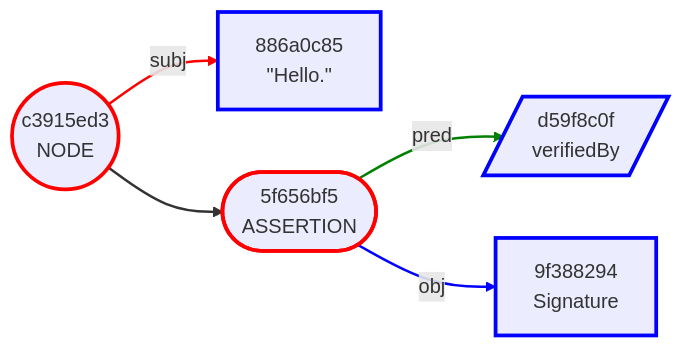
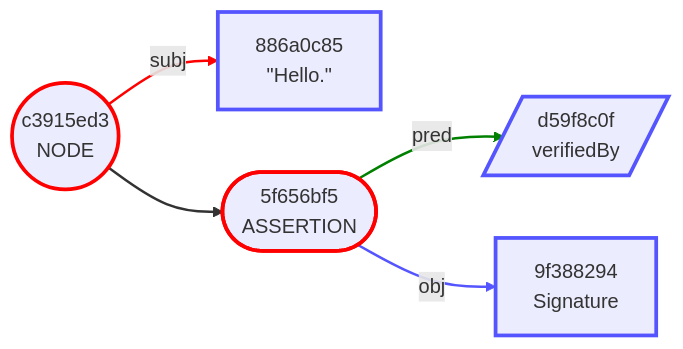
Before and after one commit to BlockchainCommons/BCSwiftSecureComponents: the second of 12 diagrams in Docs/04-MERMAID-OUTPUT.md, drawn with Mermaid. The commit also changed other lines of this file and 1 other file, not shown here.

Commit message:
Refined blue for Mermaid output.

````diff
--- a/Docs/04-MERMAID-OUTPUT.md
+++ b/Docs/04-MERMAID-OUTPUT.md
@@ -57,21 +57,21 @@
 ```mermaid
 graph LR
     1(("c3915ed3<br/>NODE"))
     2["886a0c85<br/>#quot;Hello.#quot;"]
     3(["5f656bf5<br/>ASSERTION"])
     4[/"d59f8c0f<br/>verifiedBy"/]
     5["9f388294<br/>Signature"]
     1 -->|subj| 2
     1 --> 3
     3 -->|pred| 4
     3 -->|obj| 5
     style 1 stroke:red,stroke-width:3.0px
-    style 2 stroke:blue,stroke-width:3.0px
+    style 2 stroke:#55f,stroke-width:3.0px
     style 3 stroke:red,stroke-width:3.0px
-    style 4 stroke:blue,stroke-width:3.0px
-    style 5 stroke:blue,stroke-width:3.0px
+    style 4 stroke:#55f,stroke-width:3.0px
+    style 5 stroke:#55f,stroke-width:3.0px
     linkStyle 0 stroke:red,stroke-width:2.0px
     linkStyle 1 stroke-width:2.0px
     linkStyle 2 stroke:green,stroke-width:2.0px
-    linkStyle 3 stroke:blue,stroke-width:2.0px
+    linkStyle 3 stroke:#55f,stroke-width:2.0px
 ```
````
